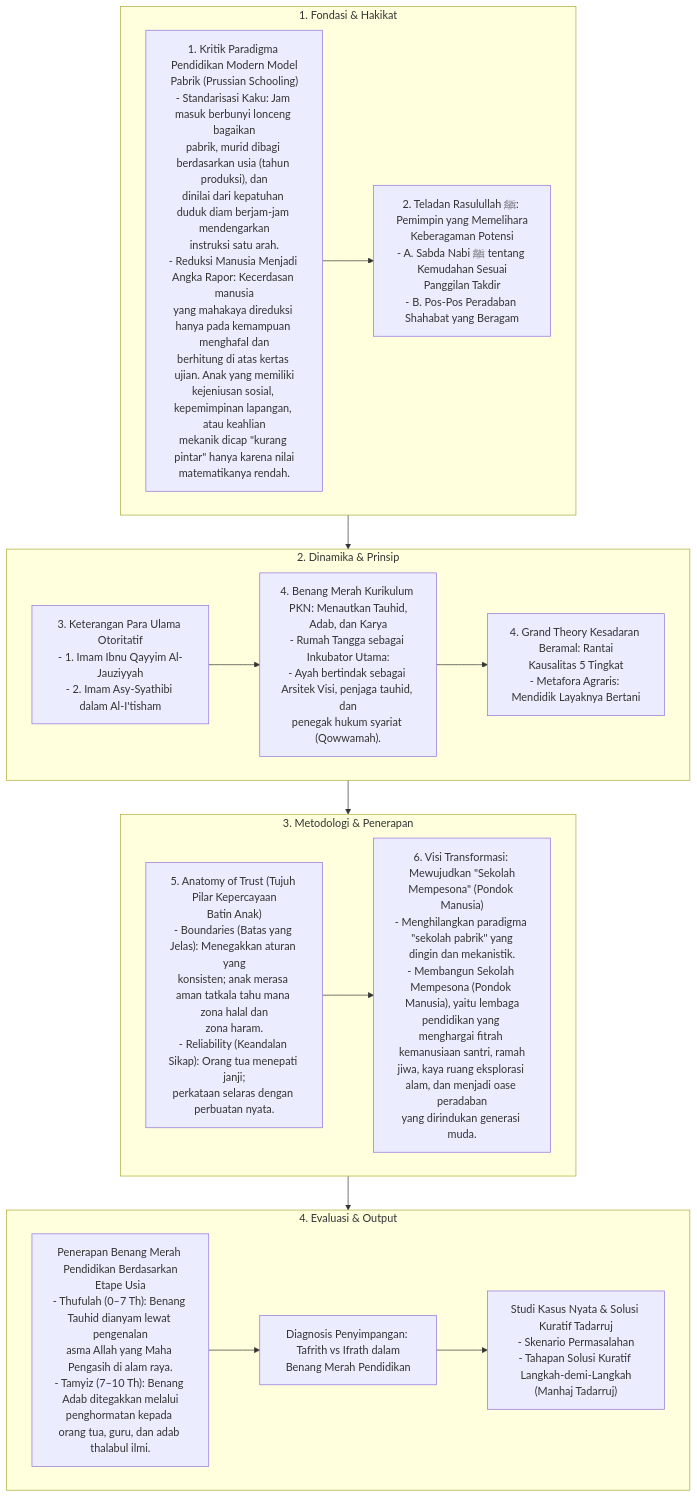
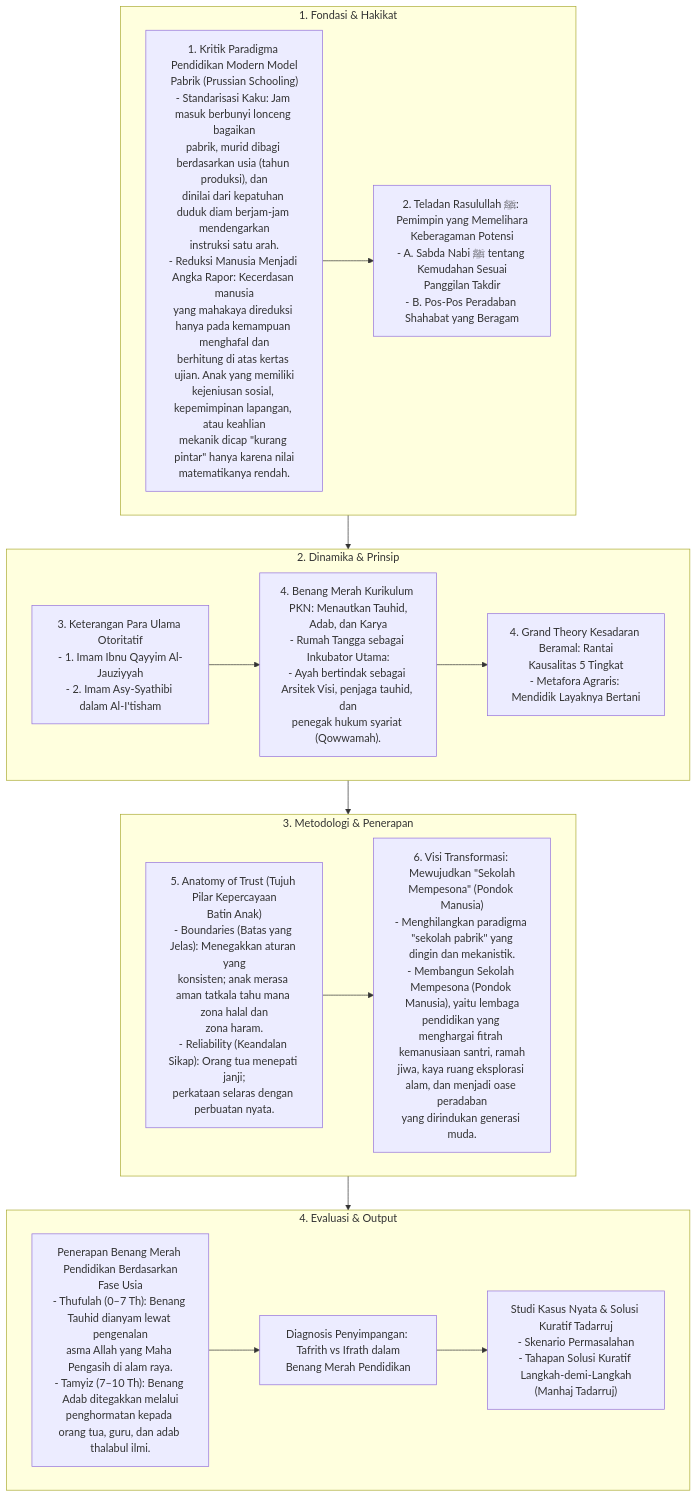
One commit to decaller/wiki-pkn changed the diagram in content_flow/Dokumen Pendidikan Karakter Nabawiyah/Paradigma & Implementasi/Pendidikan Ideal/Benang Merah Pendidikan.md. Above: the diagram before and after it, drawn with Mermaid. The commit also changed 410 other files, not shown here.

Commit message:
feat: create master Glosarium and purify terminology across repo (etape -> fase, archetype -> uswah)

````diff
--- a/content_flow/Dokumen Pendidikan Karakter Nabawiyah/Paradigma & Implementasi/Pendidikan Ideal/Benang Merah Pendidikan.md
+++ b/content_flow/Dokumen Pendidikan Karakter Nabawiyah/Paradigma & Implementasi/Pendidikan Ideal/Benang Merah Pendidikan.md
@@ -10,34 +10,34 @@
 ```mermaid
 flowchart TD
     subgraph S1["1. Fondasi & Hakikat"]
         N1_1["1. Kritik Paradigma Pendidikan Modern Model<br/>Pabrik (Prussian Schooling)<br/>- Standarisasi Kaku: Jam masuk berbunyi lonceng bagaikan<br/>pabrik, murid dibagi berdasarkan usia (tahun produksi), dan<br/>dinilai dari kepatuhan duduk diam berjam-jam mendengarkan<br/>instruksi satu arah.<br/>- Reduksi Manusia Menjadi Angka Rapor: Kecerdasan manusia<br/>yang mahakaya direduksi hanya pada kemampuan menghafal dan<br/>berhitung di atas kertas ujian. Anak yang memiliki<br/>kejeniusan sosial, kepemimpinan lapangan, atau keahlian<br/>mekanik dicap &quot;kurang pintar&quot; hanya karena nilai<br/>matematikanya rendah."]
         N1_2["2. Teladan Rasulullah ﷺ: Pemimpin yang Memelihara<br/>Keberagaman Potensi<br/>- A. Sabda Nabi ﷺ tentang Kemudahan Sesuai<br/>Panggilan Takdir<br/>- B. Pos-Pos Peradaban Shahabat yang Beragam"]
         N1_1 --> N1_2
     end
 
     subgraph S2["2. Dinamika & Prinsip"]
         N2_1["3. Keterangan Para Ulama Otoritatif<br/>- 1. Imam Ibnu Qayyim Al-Jauziyyah<br/>- 2. Imam Asy-Syathibi dalam Al-I'tisham"]
         N2_2["4. Benang Merah Kurikulum PKN: Menautkan Tauhid,<br/>Adab, dan Karya<br/>- Rumah Tangga sebagai Inkubator Utama:<br/>- Ayah bertindak sebagai Arsitek Visi, penjaga tauhid, dan<br/>penegak hukum syariat (Qowwamah)."]
         N2_1 --> N2_2
         N2_3["4. Grand Theory Kesadaran Beramal: Rantai<br/>Kausalitas 5 Tingkat<br/>- Metafora Agraris: Mendidik Layaknya Bertani"]
         N2_2 --> N2_3
     end
 
     subgraph S3["3. Metodologi & Penerapan"]
         N3_1["5. Anatomy of Trust (Tujuh Pilar Kepercayaan<br/>Batin Anak)<br/>- Boundaries (Batas yang Jelas): Menegakkan aturan yang<br/>konsisten; anak merasa aman tatkala tahu mana zona halal dan<br/>zona haram.<br/>- Reliability (Keandalan Sikap): Orang tua menepati janji;<br/>perkataan selaras dengan perbuatan nyata."]
         N3_2["6. Visi Transformasi: Mewujudkan &quot;Sekolah<br/>Mempesona&quot; (Pondok Manusia)<br/>- Menghilangkan paradigma &quot;sekolah pabrik&quot; yang<br/>dingin dan mekanistik.<br/>- Membangun Sekolah Mempesona (Pondok Manusia), yaitu lembaga<br/>pendidikan yang menghargai fitrah kemanusiaan santri, ramah<br/>jiwa, kaya ruang eksplorasi alam, dan menjadi oase peradaban<br/>yang dirindukan generasi muda."]
         N3_1 --> N3_2
     end
 
     subgraph S4["4. Evaluasi & Output"]
-        N4_1["Penerapan Benang Merah Pendidikan Berdasarkan<br/>Etape Usia<br/>- Thufulah (0–7 Th): Benang Tauhid dianyam lewat pengenalan<br/>asma Allah yang Maha Pengasih di alam raya.<br/>- Tamyiz (7–10 Th): Benang Adab ditegakkan melalui<br/>penghormatan kepada orang tua, guru, dan adab thalabul ilmi."]
+        N4_1["Penerapan Benang Merah Pendidikan Berdasarkan<br/>Fase Usia<br/>- Thufulah (0–7 Th): Benang Tauhid dianyam lewat pengenalan<br/>asma Allah yang Maha Pengasih di alam raya.<br/>- Tamyiz (7–10 Th): Benang Adab ditegakkan melalui<br/>penghormatan kepada orang tua, guru, dan adab thalabul ilmi."]
         N4_2["Diagnosis Penyimpangan: Tafrith vs Ifrath dalam<br/>Benang Merah Pendidikan"]
         N4_1 --> N4_2
         N4_3["Studi Kasus Nyata & Solusi Kuratif Tadarruj<br/>- Skenario Permasalahan<br/>- Tahapan Solusi Kuratif Langkah-demi-Langkah<br/>(Manhaj Tadarruj)"]
         N4_2 --> N4_3
     end
 
     S1 --> S2
     S2 --> S3
     S3 --> S4
 ```
````
